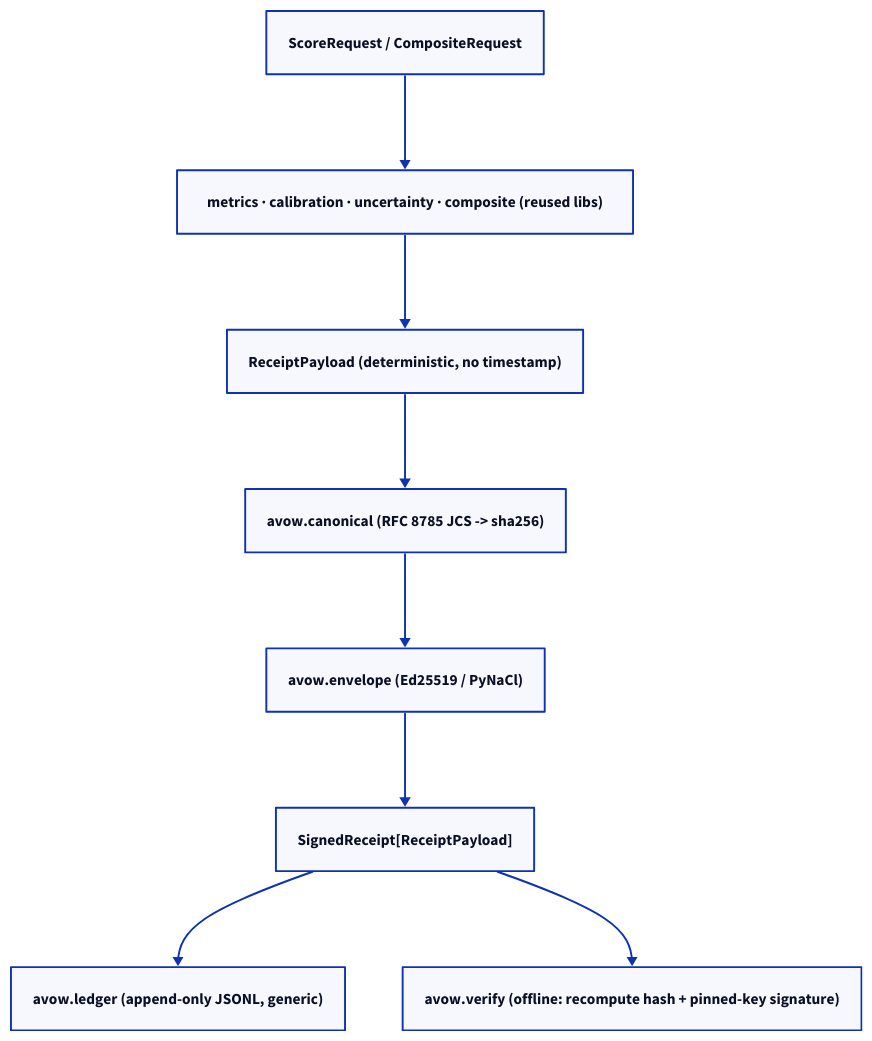
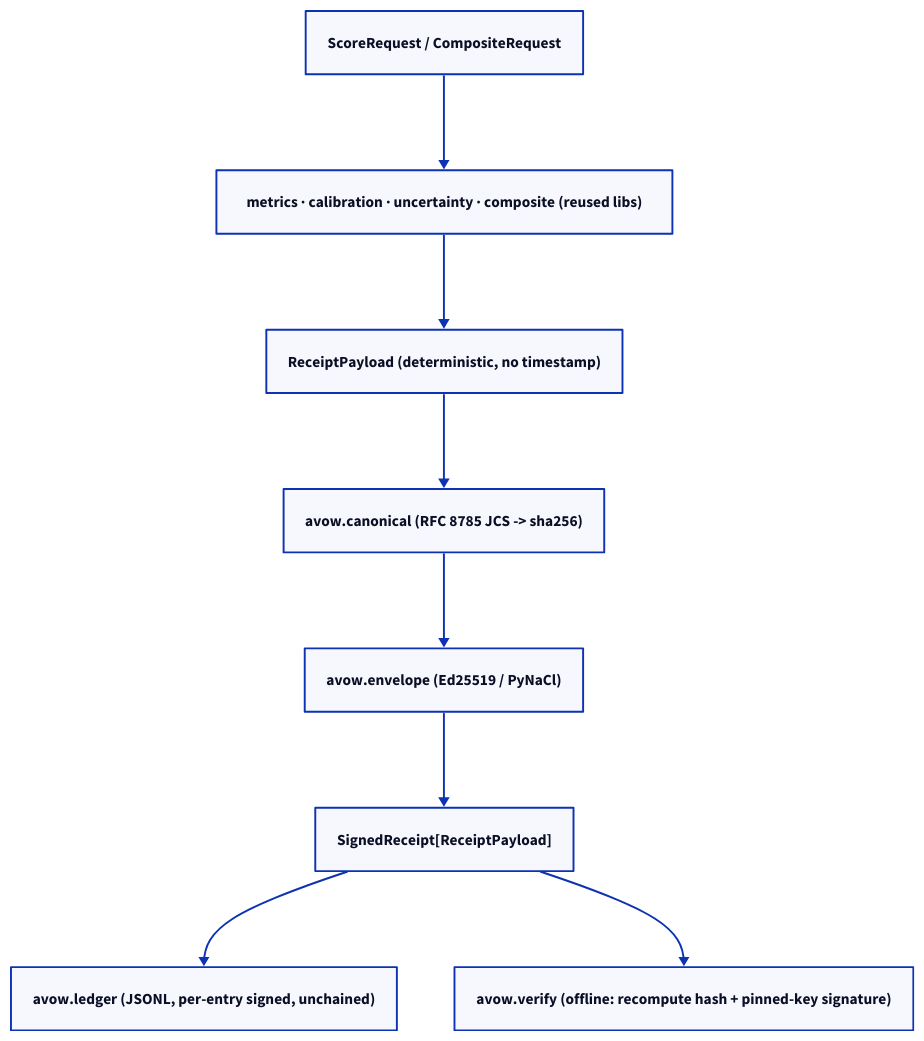
Before and after one commit to hseshadr/assay: the second of 3 diagrams in docs/ARCHITECTURE.md, drawn with D2. The commit also changed 6 other files, not shown here.

````diff
--- a/docs/ARCHITECTURE.md
+++ b/docs/ARCHITECTURE.md
@@ -42,14 +42,14 @@
 ```d2
 request: ScoreRequest / CompositeRequest        # assay
 compute: "metrics · calibration · uncertainty · composite (reused libs)"  # assay
 payload: ReceiptPayload (deterministic, no timestamp)  # assay.receipt
 hash: "avow.canonical (RFC 8785 JCS -> sha256)"
 sign: "avow.envelope (Ed25519 / PyNaCl)"
 receipt: "SignedReceipt[ReceiptPayload]"
-ledger: "avow.ledger (append-only JSONL, generic)"
+ledger: "avow.ledger (JSONL, per-entry signed, unchained)"
 verify: "avow.verify (offline: recompute hash + pinned-key signature)"
 
 request -> compute -> payload -> hash -> sign -> receipt
 receipt -> ledger
 receipt -> verify
 ```
````
